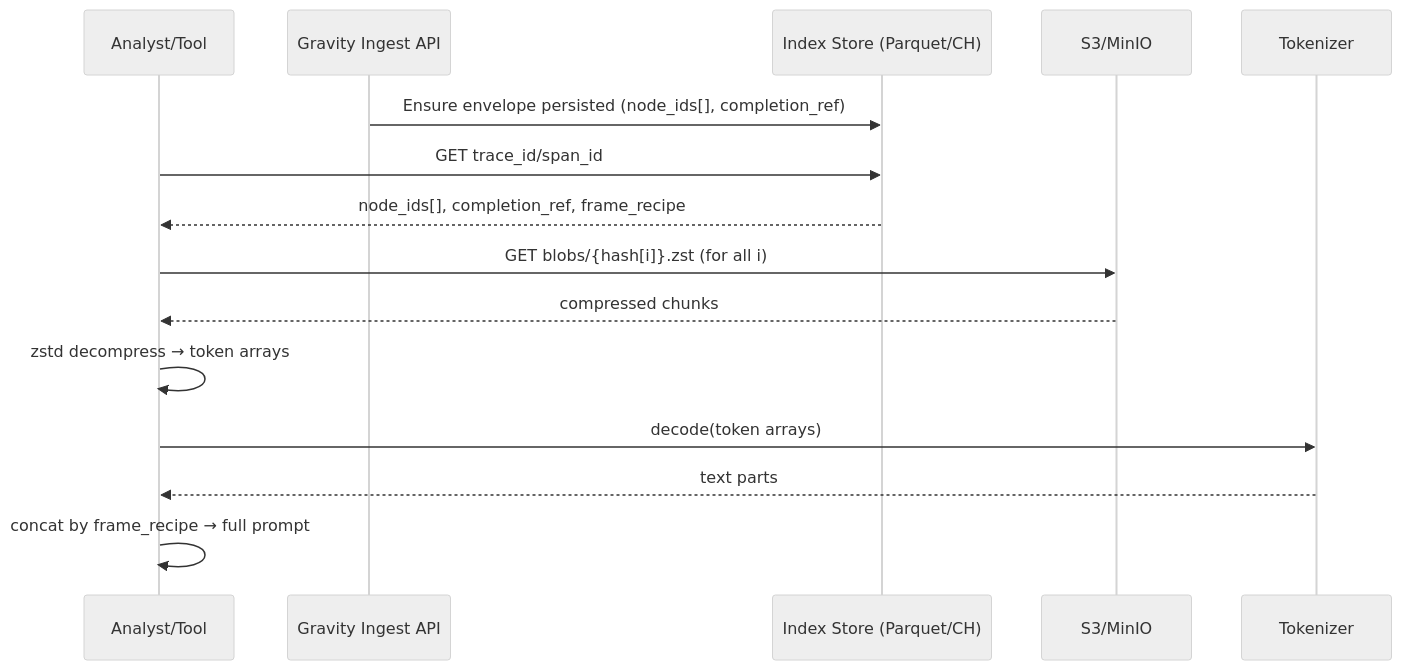
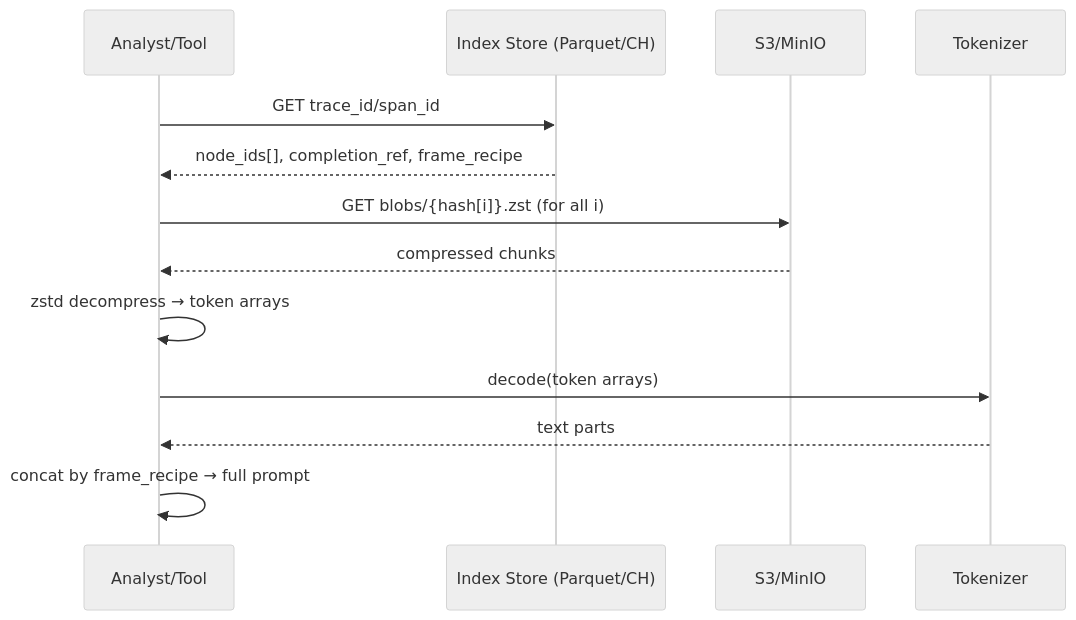
One commit to smalllixin/gravity changed the second of 2 diagrams in docs/data_flow.md. Above: the diagram before and after it, drawn with Mermaid (neutral theme). The commit also changed other lines of this file and 14 other files, not shown here.

````diff
--- a/docs/data_flow.md
+++ b/docs/data_flow.md
@@ -85,18 +166,16 @@
 ```mermaid
 sequenceDiagram
   participant UI as Analyst/Tool
-  participant API as Gravity Ingest API
   participant IDX as Index Store (Parquet/CH)
   participant S3 as S3/MinIO
   participant TOK as Tokenizer
 
-  API->>IDX: Ensure envelope persisted (node_ids[], completion_ref)
   UI->>IDX: GET trace_id/span_id
   IDX-->>UI: node_ids[], completion_ref, frame_recipe
   UI->>S3: GET blobs/{hash[i]}.zst (for all i)
   S3-->>UI: compressed chunks
   UI->>UI: zstd decompress → token arrays
   UI->>TOK: decode(token arrays)
   TOK-->>UI: text parts
   UI->>UI: concat by frame_recipe → full prompt
 ```
````
